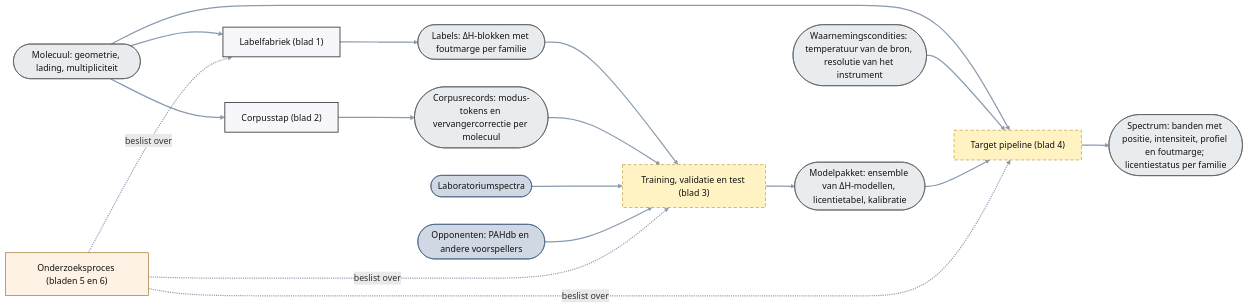
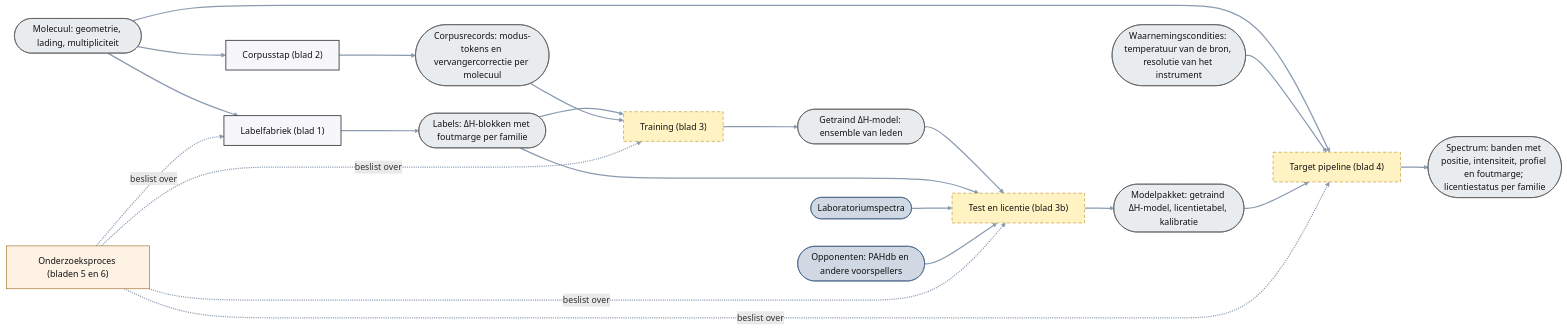
One commit to thebreadishard/udacity-capstone-plan changed the diagram in plans/05_delta-probed-ir-pipeline/GoalGathering/architecture/00_overzicht.mmd. Above: the diagram before and after it, drawn with Mermaid. The commit also changed 4 other files, not shown here.

```diff
--- a/plans/05_delta-probed-ir-pipeline/GoalGathering/architecture/00_overzicht.mmd
+++ b/plans/05_delta-probed-ir-pipeline/GoalGathering/architecture/00_overzicht.mmd
@@ -1,39 +1,45 @@
-%% Overzicht plan 05 (niveau 1): vier soorten proces en de data-objecten die ze verbinden. Doelarchitectuur; geen besluiten, geen data.
+%% Overzicht plan 05 (niveau 1): de soorten proces en de data-objecten die ze verbinden. Doelarchitectuur; geen besluiten, geen data.
 %% Rechthoek = proces (hier: een heel blad); ronde uiteinden = data-object; pijl = datastroom. Gestippeld = nog niet gebouwd.
 flowchart LR
   linkStyle default stroke:#8a9bb0,stroke-width:2.2px
   classDef planned stroke-dasharray: 6 4,stroke:#b8860b,fill:#fff3c4,color:#111
   classDef ext fill:#cfd8e3,stroke:#3d5a80,color:#111
   classDef data fill:#e9ecef,stroke:#555,color:#111
   classDef proc fill:#f7f7fb,stroke:#333,stroke-width:1.5px,color:#111
   classDef research fill:#fdf2e3,stroke:#8a5a00,color:#111
 
   MOL(["Molecuul: geometrie, lading, multipliciteit"]):::data
   COND(["Waarnemingscondities: temperatuur van de bron, resolutie van het instrument"]):::data
   LABDB(["Laboratoriumspectra"]):::ext
   PAHDB(["Opponenten: PAHdb en andere voorspellers"]):::ext
 
   LABF["Labelfabriek (blad 1)"]:::proc
   LABELS(["Labels: ΔH-blokken met foutmarge per familie"]):::data
   CORPF["Corpusstap (blad 2)"]:::proc
   CORPUS(["Corpusrecords: modus-tokens en vervangercorrectie per molecuul"]):::data
-  TRAIN["Training, validatie en test (blad 3)"]:::planned
-  MODEL(["Modelpakket: ensemble van ΔH-modellen, licentietabel, kalibratie"]):::data
+  TRAIN["Training (blad 3)"]:::planned
+  TRAINED(["Getraind ΔH-model: ensemble van leden"]):::data
+  EVAL["Test en licentie (blad 3b)"]:::planned
+  MODEL(["Modelpakket: getraind ΔH-model, licentietabel, kalibratie"]):::data
   PIPE["Target pipeline (blad 4)"]:::planned
   SPEC(["Spectrum: banden met positie, intensiteit, profiel en foutmarge; licentiestatus per familie"]):::data
   RES["Onderzoeksproces (bladen 5 en 6)"]:::research
 
   MOL --> LABF --> LABELS
   MOL --> CORPF --> CORPUS
   LABELS --> TRAIN
   CORPUS --> TRAIN
-  LABDB --> TRAIN
-  PAHDB --> TRAIN
-  TRAIN --> MODEL
+  TRAIN --> TRAINED
+  TRAINED --> EVAL
+  LABELS --> EVAL
+  LABDB --> EVAL
+  PAHDB --> EVAL
+  EVAL --> MODEL
   MOL --> PIPE
   COND --> PIPE
   MODEL --> PIPE
   PIPE --> SPEC
   RES -. beslist over .-> LABF
   RES -. beslist over .-> TRAIN
+  RES -. beslist over .-> EVAL
   RES -. beslist over .-> PIPE
```
